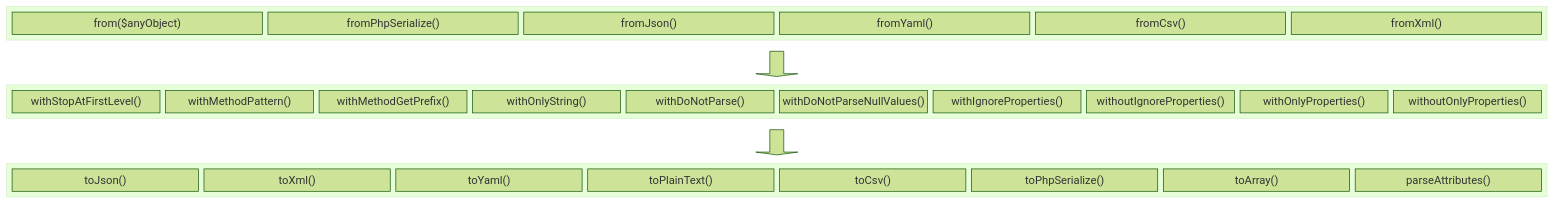
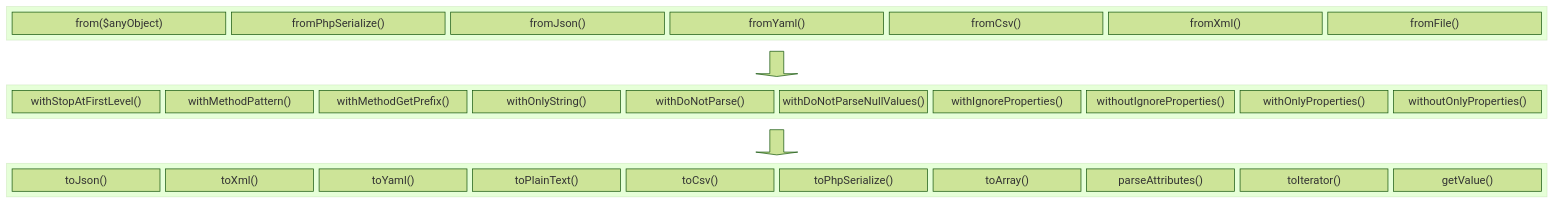
Before and after one commit to byjg/byjg.github.io: the diagram in docs/php/serializer/serialize.md, drawn with Mermaid (forest theme). The commit also changed other lines of this file and 3 other files, not shown here.

````diff
--- a/docs/php/serializer/serialize.md
+++ b/docs/php/serializer/serialize.md
@@ -13,40 +13,43 @@
 ```mermaid
 block-beta
 columns 1
     block:ID
         f1["from($anyObject)"]
         f2["fromPhpSerialize()"]
         f3["fromJson()"]
         f4["fromYaml()"]
         f5["fromCsv()"]
         f6["fromXml()"]
+        f7["fromFile()"]
     end
 
     down<["&nbsp;&nbsp;&nbsp;"]>(down)
 
     block:Transformers
         t1["withStopAtFirstLevel()"]
         t2["withMethodPattern()"]
         t3["withMethodGetPrefix()"]
         t4["withOnlyString()"]
         t5["withDoNotParse()"]
         t6["withDoNotParseNullValues()"]
         t7["withIgnoreProperties()"]
         t8["withoutIgnoreProperties()"]
         t9["withOnlyProperties()"]
         t10["withoutOnlyProperties()"]
     end
 
     down2<["&nbsp;&nbsp;&nbsp;"]>(down)
 
     block:Output
         o1["toJson()"]
         o2["toXml()"]
         o3["toYaml()"]
         o4["toPlainText()"]
         o5["toCsv()"]
         o6["toPhpSerialize()"]
         o7["toArray()"]
         o8["parseAttributes()"]
+        o9["toIterator()"]
+        o10["getValue()"]
     end
 ```
````
